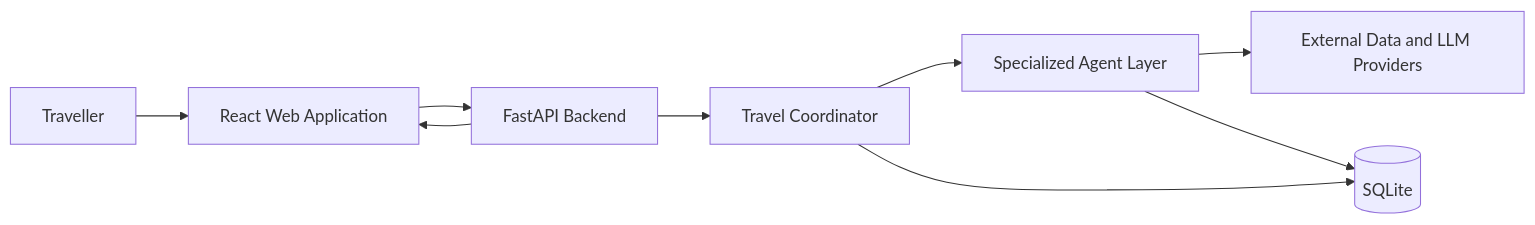
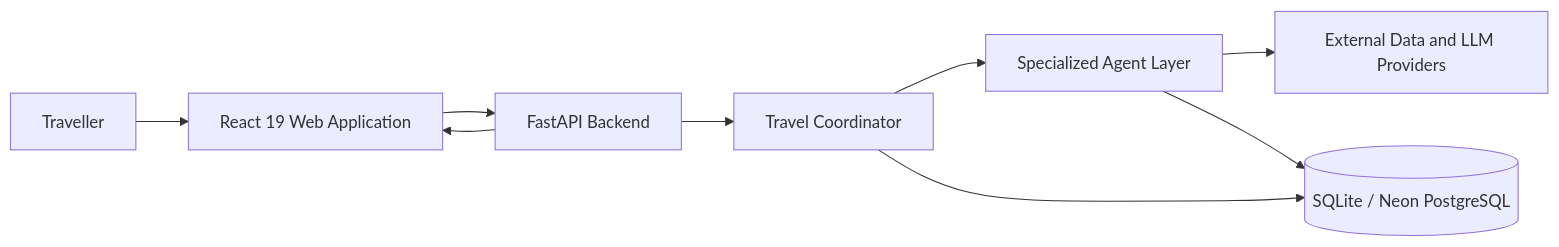
The first of 3 diagrams in docs/ARCHITECTURE.md (rohith154-vsr/TripMind-AI), drawn with Mermaid before and after one commit. The commit also changed other lines of this file and 2 other files, not shown here.

Commit message:
docs: update production deployment and architecture documentation

````diff
--- a/docs/ARCHITECTURE.md
+++ b/docs/ARCHITECTURE.md
@@ -7,11 +7,11 @@
-~~~mermaid
+```mermaid
 flowchart LR
-    Traveller[Traveller] --> Web[React Web Application]
+    Traveller[Traveller] --> Web[React 19 Web Application]
     Web --> API[FastAPI Backend]
     API --> Orchestrator[Travel Coordinator]
     Orchestrator --> Agents[Specialized Agent Layer]
     Agents --> Providers[External Data and LLM Providers]
-    Agents --> Store[(SQLite)]
+    Agents --> Store[(SQLite / Neon PostgreSQL)]
     Orchestrator --> Store
     API --> Web
-~~~
+```
````
